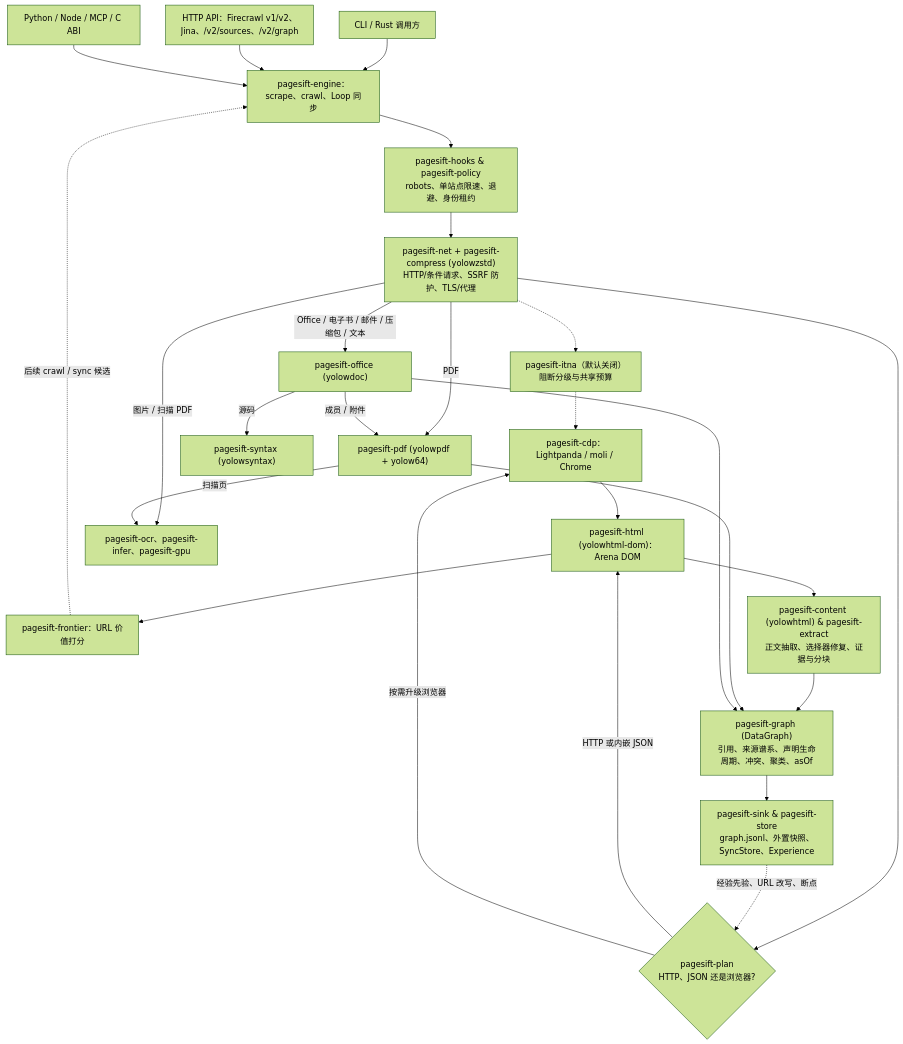
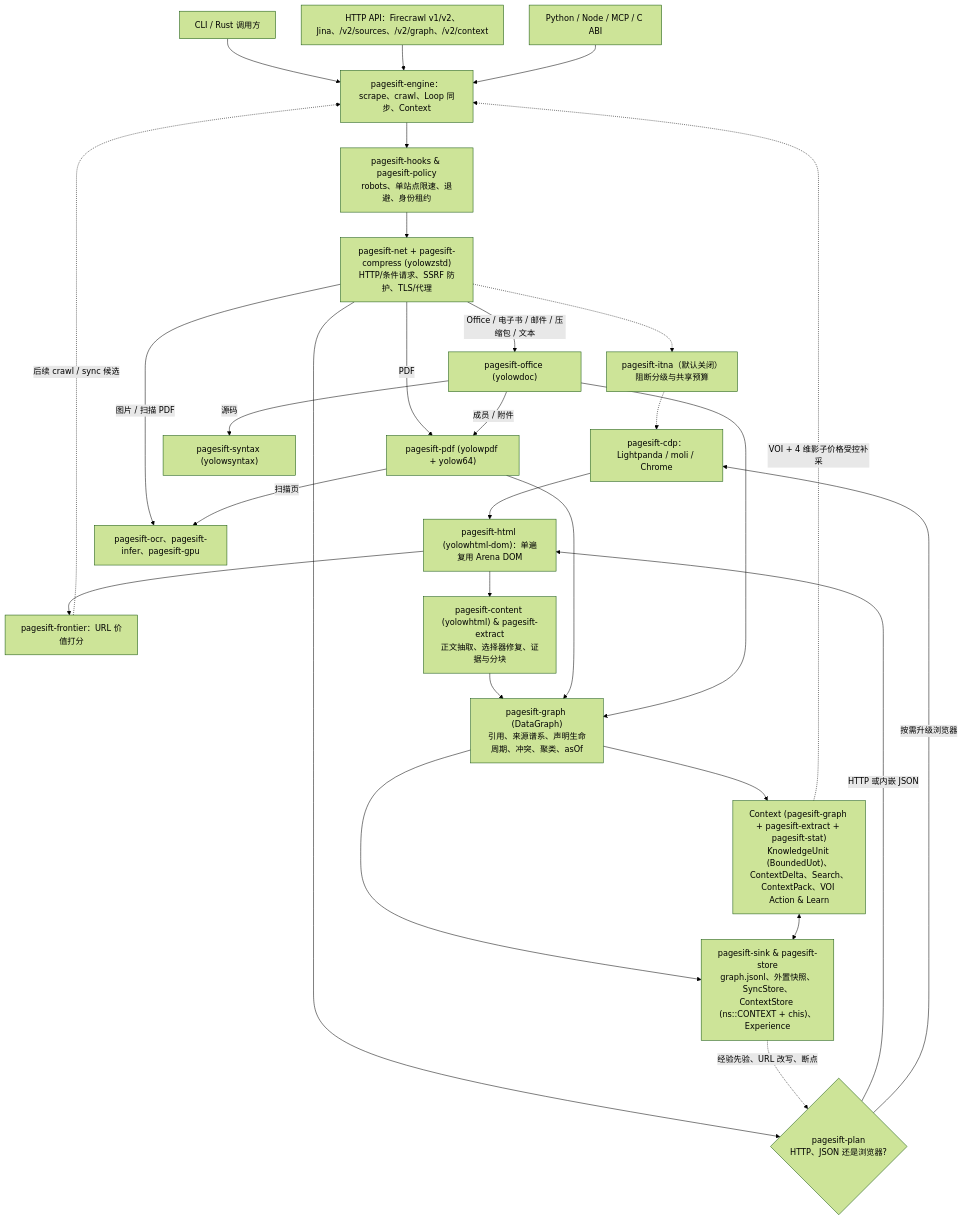
One commit to YOLOW92/pagesift changed the first of 4 diagrams in docs/README.zh-CN.md. Above: the diagram before and after it, drawn with Mermaid (forest theme). The commit also changed other lines of this file and 167 other files, not shown here.

````diff
--- a/docs/README.zh-CN.md
+++ b/docs/README.zh-CN.md
@@ -137,34 +143,37 @@
 ```mermaid
 flowchart TD
-    CLI["CLI / Rust 调用方"] --> Engine["pagesift-engine：scrape、crawl、Loop 同步"]
-    HTTP["HTTP API：Firecrawl v1/v2、Jina、/v2/sources、/v2/graph"] --> Engine
+    CLI["CLI / Rust 调用方"] --> Engine["pagesift-engine：scrape、crawl、Loop 同步、Context"]
+    HTTP["HTTP API：Firecrawl v1/v2、Jina、/v2/sources、/v2/graph、/v2/context"] --> Engine
     Bind["Python / Node / MCP / C ABI"] --> Engine
 
     Engine --> Policy["pagesift-hooks & pagesift-policy<br/>robots、单站点限速、退避、身份租约"]
     Policy --> Net["pagesift-net + pagesift-compress (yolowzstd)<br/>HTTP/条件请求、SSRF 防护、TLS/代理"]
     Net -.-> ITNA["pagesift-itna（默认关闭）<br/>阻断分级与共享预算"]
     ITNA -.-> CDP
 
     Net --> Plan{"pagesift-plan<br/>HTTP、JSON 还是浏览器?"}
-    Plan -->|HTTP 或内嵌 JSON| DOM["pagesift-html (yolowhtml-dom)：Arena DOM"]
+    Plan -->|HTTP 或内嵌 JSON| DOM["pagesift-html (yolowhtml-dom)：单遍复用 Arena DOM"]
     Plan -->|按需升级浏览器| CDP["pagesift-cdp：Lightpanda / moli / Chrome"]
     CDP --> DOM
 
     Net -->|PDF| PDF["pagesift-pdf (yolowpdf + yolow64)"]
     Net -->|Office / 电子书 / 邮件 / 压缩包 / 文本| Office["pagesift-office (yolowdoc)"]
     Net -->|图片 / 扫描 PDF| OCR["pagesift-ocr、pagesift-infer、pagesift-gpu"]
     Office -->|成员 / 附件| PDF
     Office -->|源码| Syntax["pagesift-syntax (yolowsyntax)"]
     PDF -->|扫描页| OCR
 
     DOM --> Frontier["pagesift-frontier：URL 价值打分"]
     Frontier -.->|后续 crawl / sync 候选| Engine
     DOM --> Content["pagesift-content (yolowhtml) & pagesift-extract<br/>正文抽取、选择器修复、证据与分块"]
 
     Content --> Graph["pagesift-graph (DataGraph)<br/>引用、来源谱系、声明生命周期、冲突、聚类、asOf"]
     PDF --> Graph
     Office --> Graph
 
-    Graph --> Out["pagesift-sink & pagesift-store<br/>graph.jsonl、外置快照、SyncStore、Experience"]
+    Graph --> Ctx["Context (pagesift-graph + pagesift-extract + pagesift-stat)<br/>KnowledgeUnit (BoundedUot)、ContextDelta、Search、ContextPack、VOI Action & Learn"]
+    Graph --> Out["pagesift-sink & pagesift-store<br/>graph.jsonl、外置快照、SyncStore、ContextStore (ns::CONTEXT + chis)、Experience"]
+    Ctx <--> Out
+    Ctx -.->|VOI + 4 维影子价格受控补采| Engine
     Out -.->|经验先验、URL 改写、断点| Plan
 ```
````
